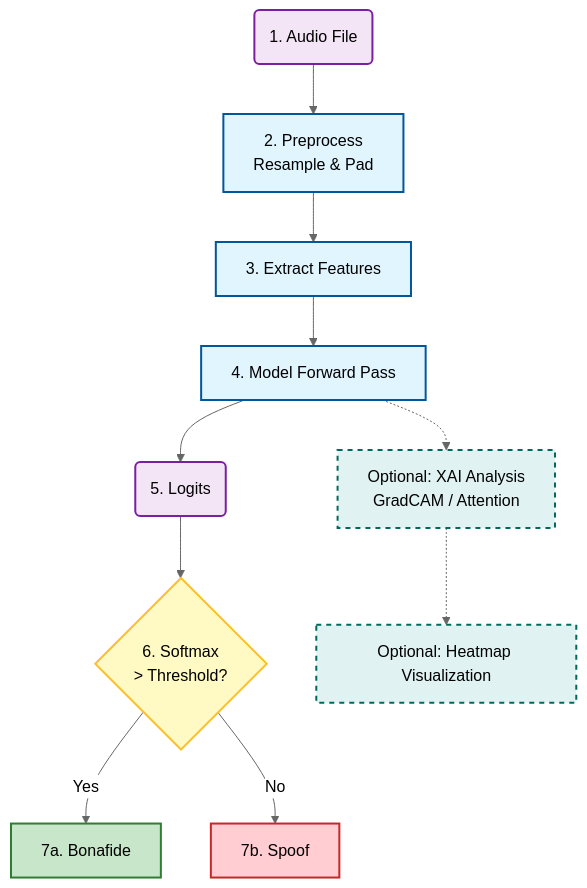
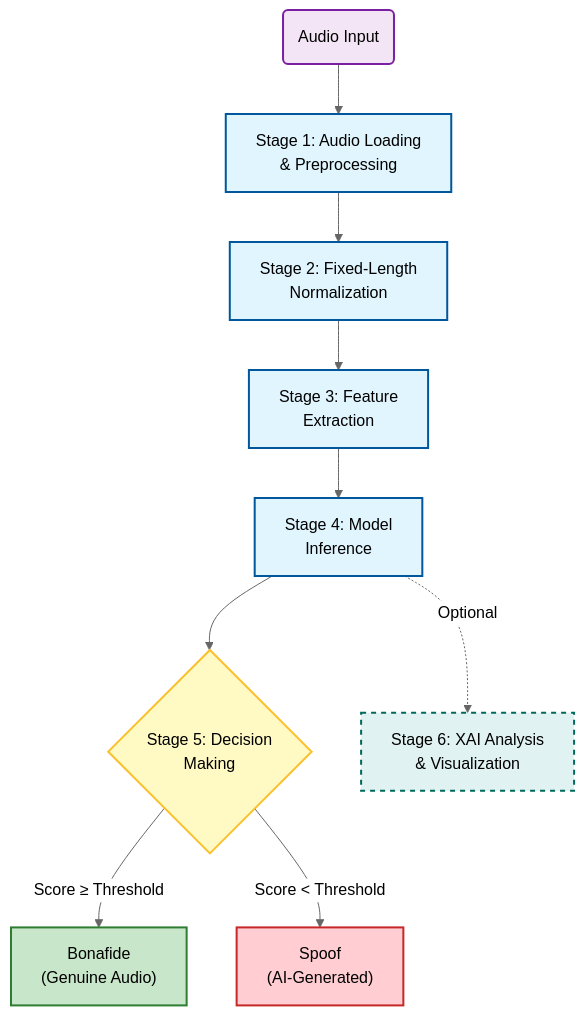
One commit to gkibria121/ai-voice-detector changed the diagram in docs/methodoloyg_part4.md. Above: the diagram before and after it, drawn with Mermaid (neutral theme). The commit also changed other lines of this file and 3 other files, not shown here.

Commit message:
feat: add detailed documentation on network architectures and methodology for audio deepfake detection.

````diff
--- a/docs/methodoloyg_part4.md
+++ b/docs/methodoloyg_part4.md
@@ -6,35 +5,33 @@
 ```mermaid
 flowchart TD
-    %% Inference Pipeline Flowchart
+    %% Inference Pipeline Flowchart - 6 Stages
     classDef process fill:#e1f5fe,stroke:#01579b,stroke-width:2px
     classDef decision fill:#fff9c4,stroke:#fbc02d,stroke-width:2px
     classDef storage fill:#f3e5f5,stroke:#7b1fa2,stroke-width:2px
     classDef success fill:#c8e6c9,stroke:#2e7d32,stroke-width:2px
     classDef warning fill:#ffcdd2,stroke:#c62828,stroke-width:2px
     classDef xai fill:#e0f2f1,stroke:#00695c,stroke-width:2px,stroke-dasharray: 5 5
 
-    Input("1. Audio File"):::storage
-    Prep["2. Preprocess<br/>Resample & Pad"]:::process
-    Feat["3. Extract Features"]:::process
-    Model["4. Model Forward Pass"]:::process
-    Logits("5. Logits"):::storage
-    Soft{"6. Softmax<br/>> Threshold?"}:::decision
+    Input("Audio Input"):::storage
+    Stage1["Stage 1: Audio Loading<br/>& Preprocessing"]:::process
+    Stage2["Stage 2: Fixed-Length<br/>Normalization"]:::process
+    Stage3["Stage 3: Feature<br/>Extraction"]:::process
+    Stage4["Stage 4: Model<br/>Inference"]:::process
+    Stage5{"Stage 5: Decision<br/>Making"}:::decision
 
-    Real["7a. Bonafide"]:::success
-    Fake["7b. Spoof"]:::warning
+    Real["Bonafide<br/>(Genuine Audio)"]:::success
+    Fake["Spoof<br/>(AI-Generated)"]:::warning
 
-    XAI["Optional: XAI Analysis<br/>GradCAM / Attention"]:::xai
-    Vis["Optional: Heatmap Visualization"]:::xai
+    Stage6["Stage 6: XAI Analysis<br/>& Visualization"]:::xai
 
-    Input --> Prep
-    Prep --> Feat
-    Feat --> Model
-    Model --> Logits
-    Logits --> Soft
+    Input --> Stage1
+    Stage1 --> Stage2
+    Stage2 --> Stage3
+    Stage3 --> Stage4
+    Stage4 --> Stage5
 
-    Soft -->|Yes| Real
-    Soft -->|No| Fake
+    Stage5 -->|Score ≥ Threshold| Real
+    Stage5 -->|Score < Threshold| Fake
 
-    Model -.-> XAI
-    XAI -.-> Vis
+    Stage4 -.->|Optional| Stage6
 ```
````
